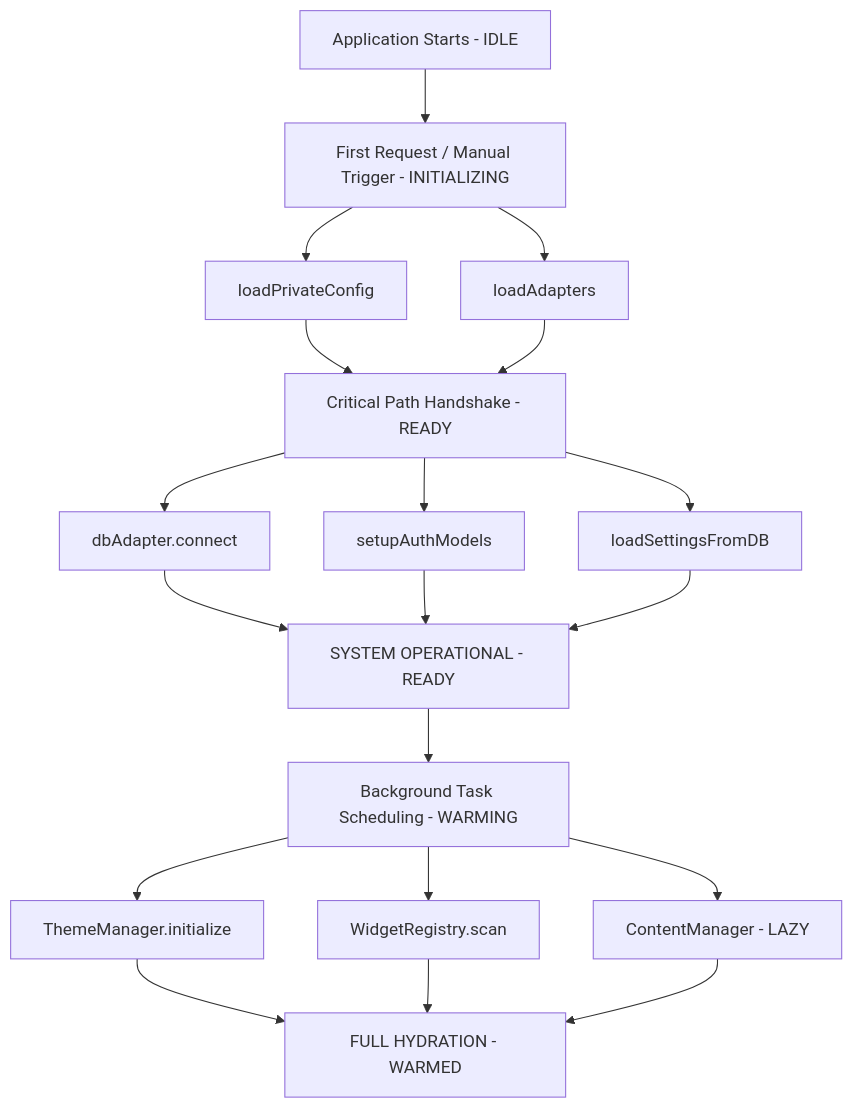
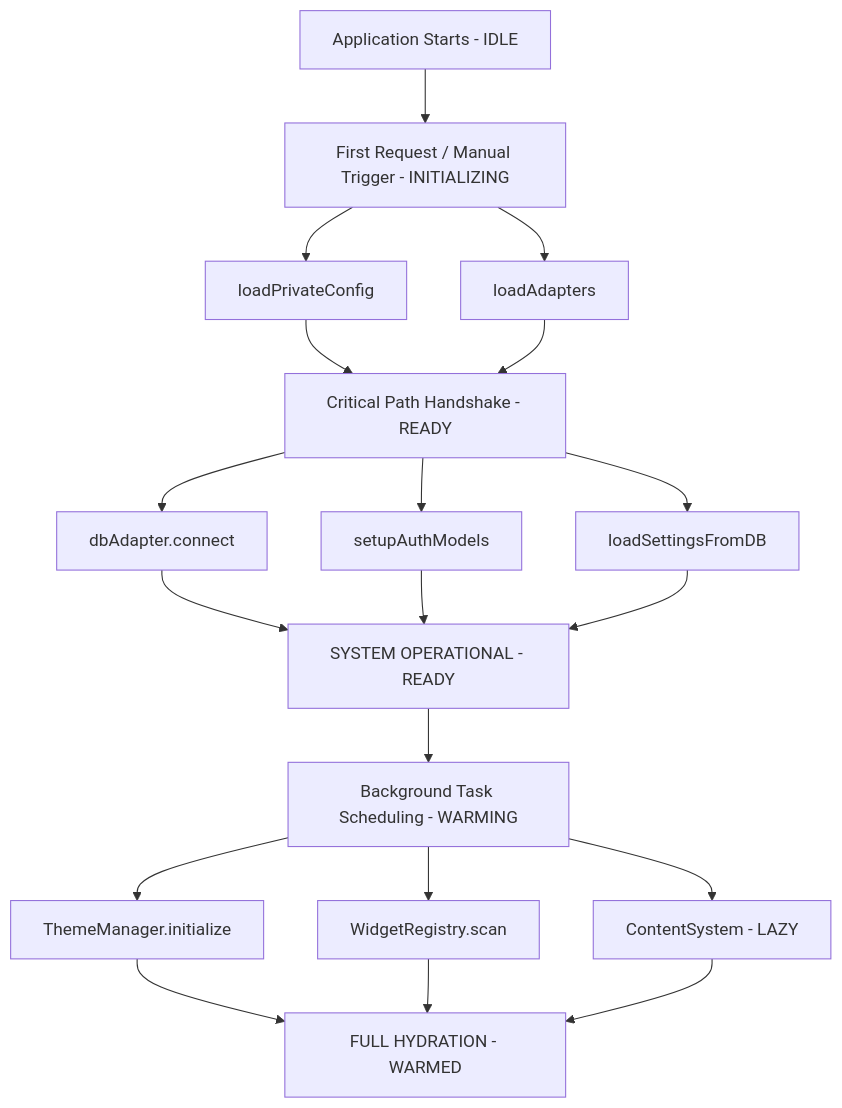
One commit to SveltyCMS/SveltyCMS changed the second of 2 diagrams in docs/architecture/database/core-infrastructure.mdx. Above: the diagram before and after it, drawn with Mermaid. The commit also changed other lines of this file and 328 other files, not shown here.

First line of the commit message:
feat(pr-393): integrate professional stepper-flow setup and factory-pattern widgets

````diff
--- a/docs/architecture/database/core-infrastructure.mdx
+++ b/docs/architecture/database/core-infrastructure.mdx
@@ -816,16 +816,16 @@
 ```mermaid
 graph TD
     A[Application Starts - IDLE] --> B[First Request / Manual Trigger - INITIALIZING]
     B --> C[loadPrivateConfig]
     B --> D[loadAdapters]
     C & D --> E[Critical Path Handshake - READY]
     E --> F[dbAdapter.connect]
     E --> G[setupAuthModels]
     E --> H[loadSettingsFromDB]
     F & G & H --> I[SYSTEM OPERATIONAL - READY]
     I --> J[Background Task Scheduling - WARMING]
     J --> K[ThemeManager.initialize]
     J --> L[WidgetRegistry.scan]
-    J --> M[ContentManager - LAZY]
+    J --> M[ContentSystem - LAZY]
     K & L & M --> N[FULL HYDRATION - WARMED]
 ```
````
